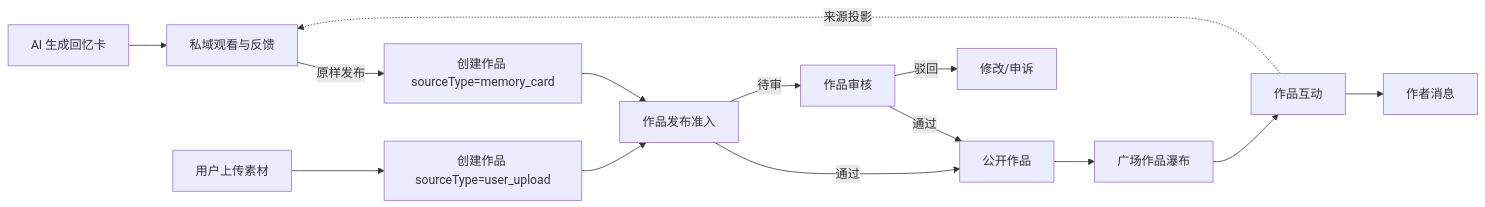
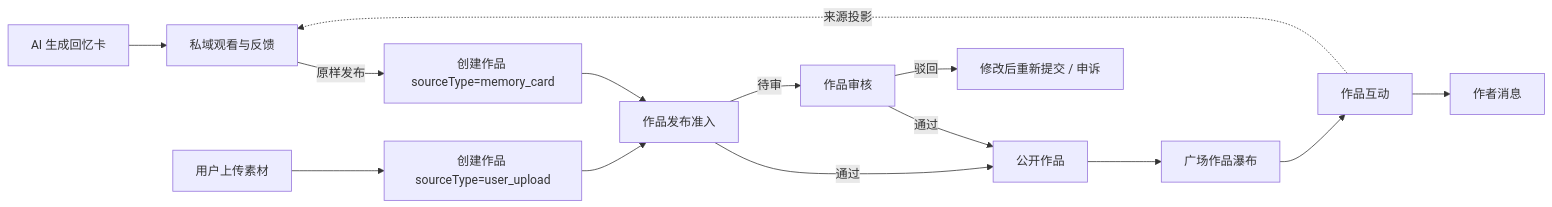
One commit to Andyx1537/echo-doc changed the first of 2 diagrams in docs/PRODUCT-DECISION-WORK-PUBLICATION.md. Above: the diagram before and after it, drawn with Mermaid. The commit also changed other lines of this file and 7 other files, not shown here.

````diff
--- a/docs/PRODUCT-DECISION-WORK-PUBLICATION.md
+++ b/docs/PRODUCT-DECISION-WORK-PUBLICATION.md
@@ -27,14 +27,14 @@
 ```mermaid
 flowchart LR
   A["AI 生成回忆卡"] --> B["私域观看与反馈"]
   B -->|"原样发布"| C["创建作品 sourceType=memory_card"]
   D["用户上传素材"] --> E["创建作品 sourceType=user_upload"]
   C --> F["作品发布准入"]
   E --> F
   F -->|"通过"| G["公开作品"]
   F -->|"待审"| H["作品审核"]
   H -->|"通过"| G
-  H -->|"驳回"| I["修改/申诉"]
+  H -->|"驳回"| I["修改后重新提交 / 申诉"]
   G --> J["广场作品瀑布"] --> K["作品互动"] --> L["作者消息"]
   K -."来源投影".-> B
 ```
````
